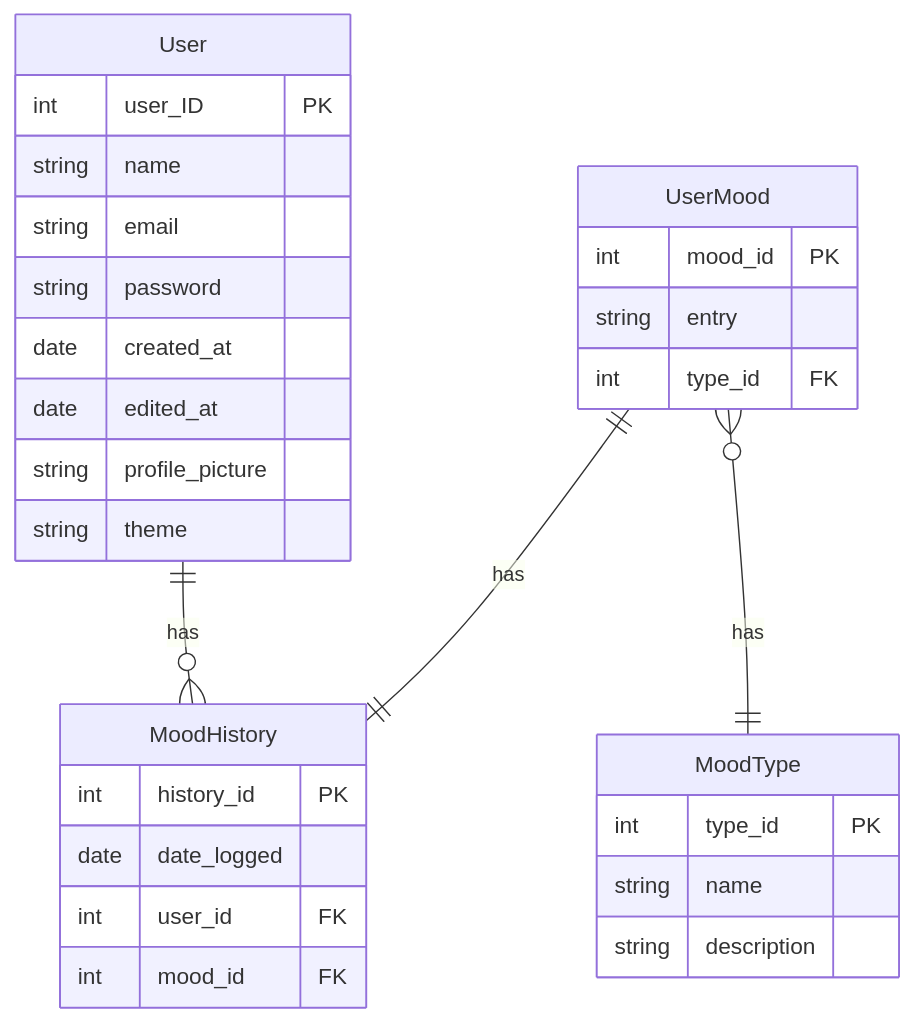
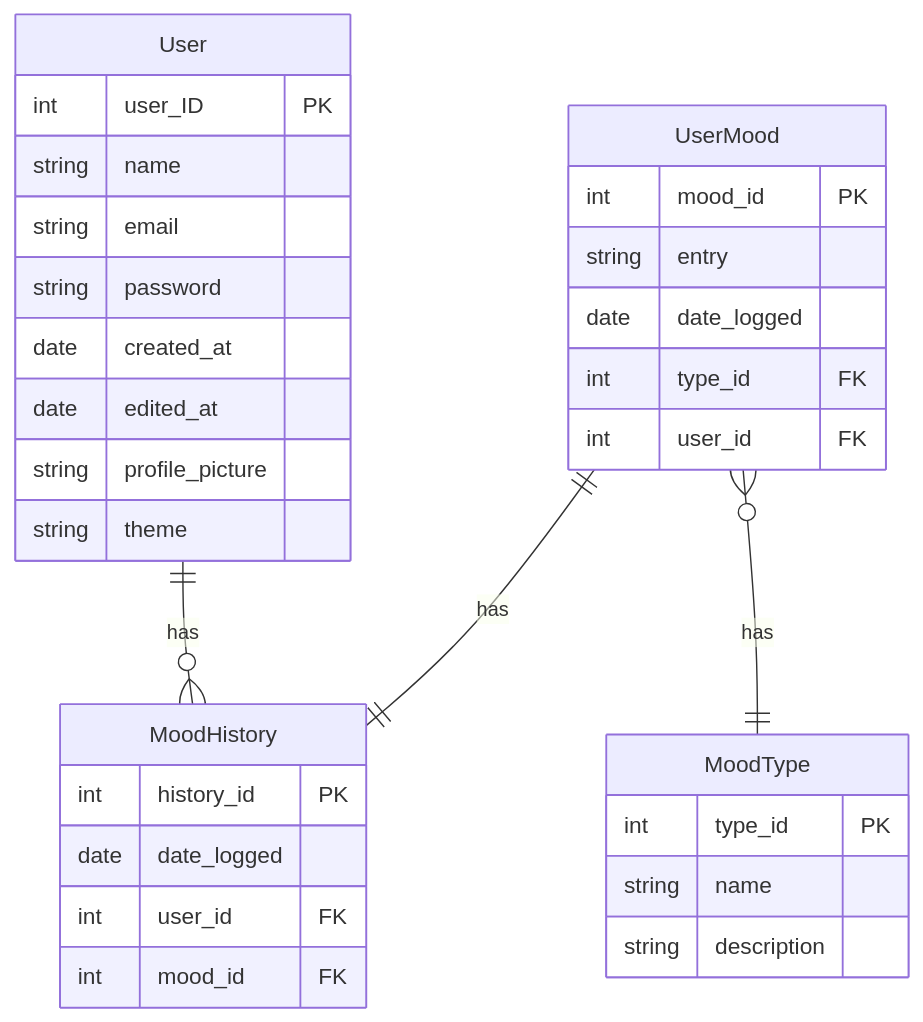
The diagram in README.md (HanaLouizaMoussaoui/MOOd), drawn with Mermaid before and after one commit.

Commit message:
Update README.md db schema

````diff
--- a/README.md
+++ b/README.md
@@ -59,34 +59,36 @@
 ```mermaid
 erDiagram
         User ||--o{ MoodHistory: has
     UserMood ||--|| MoodHistory: has
    UserMood }o--|| MoodType: has
 
     User {
         int user_ID PK
         string name
         string email
         string password
         date created_at
         date edited_at
         string profile_picture
 	string theme
     }
     UserMood {
 	int mood_id PK
 	string entry
+	date date_logged
 	int type_id FK
+	int user_id FK
     }
 
    MoodHistory {
 	int history_id PK
 	date date_logged
 	int user_id FK
 	int mood_id FK
 }
    MoodType {
 	int type_id PK
 	string name
 	string description
 }
 ```
````
